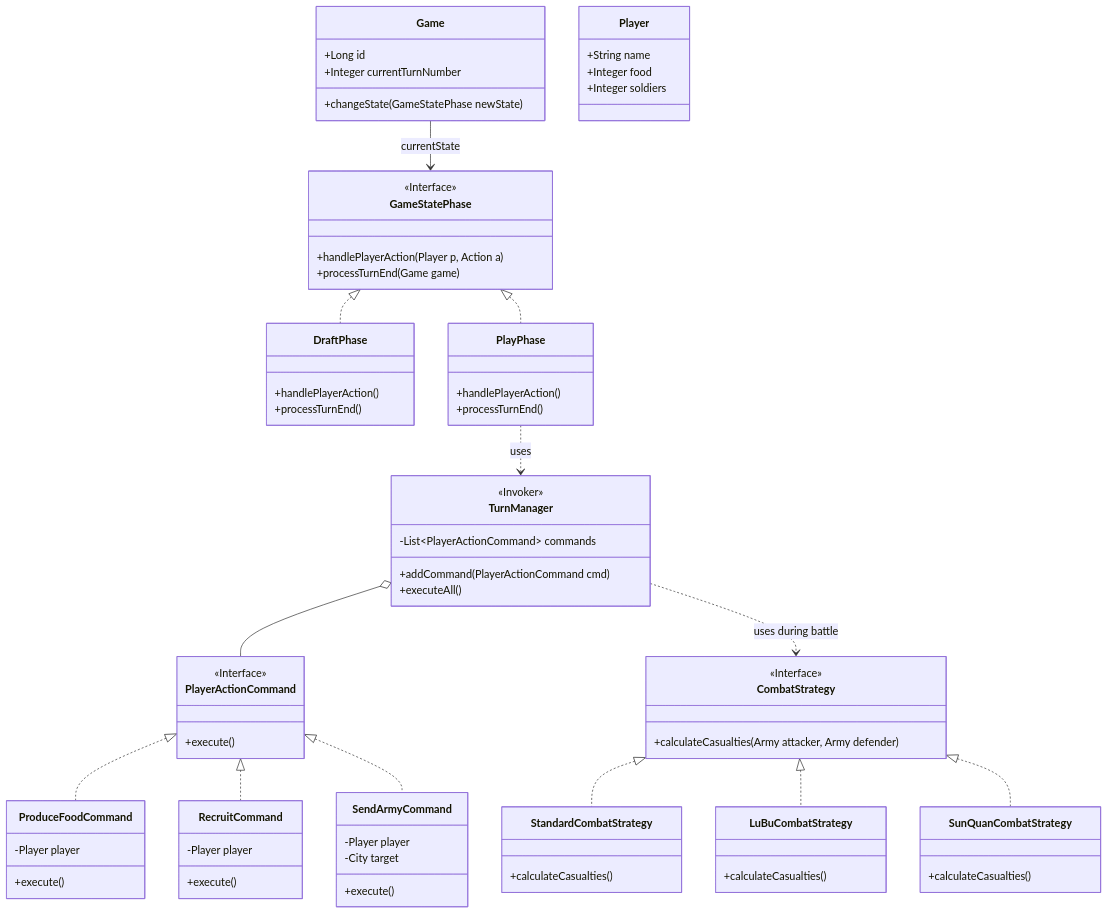
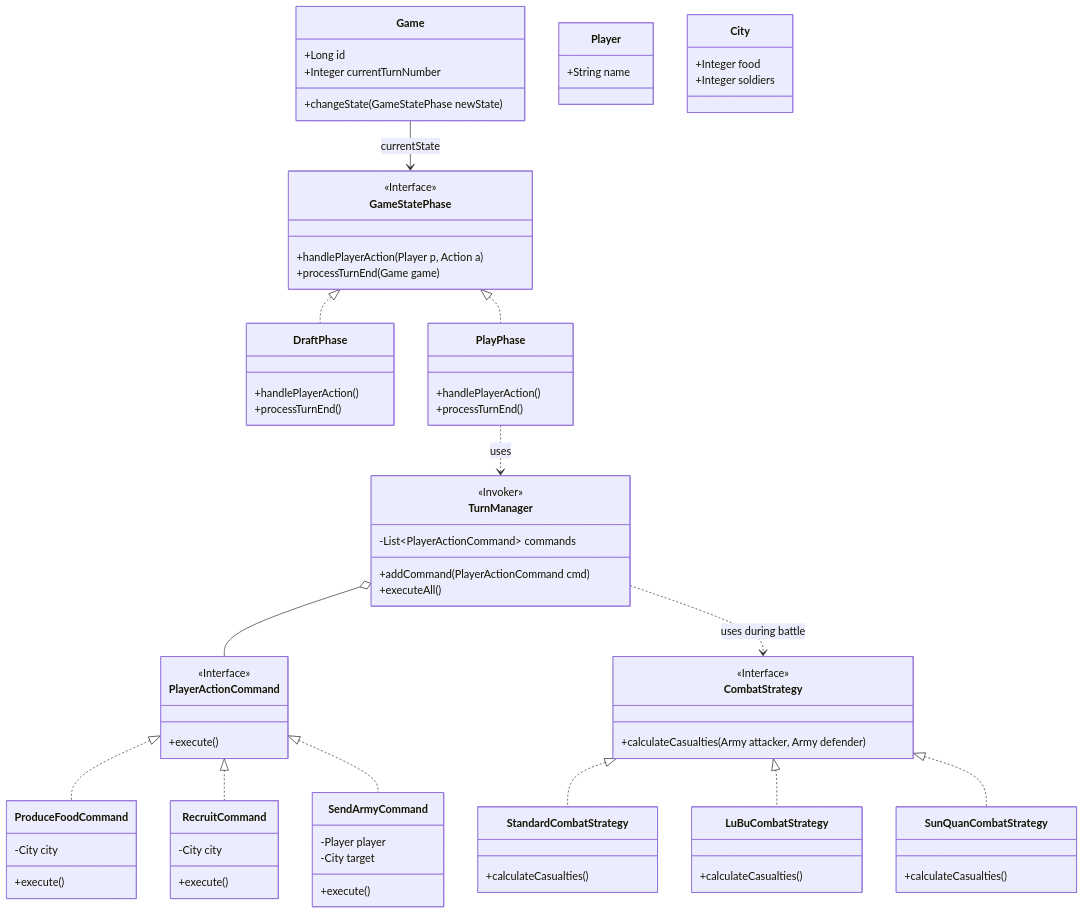
The diagram in doc/Design/design-patterns.md (punnavit-prongsavaroj/EternalClash2), drawn with Mermaid before and after one commit. The commit also changed 107 other files, not shown here.

```diff
--- a/doc/Design/design-patterns.md
+++ b/doc/Design/design-patterns.md
@@ -27,6 +27,8 @@
     }
     class Player {
         +String name
+    }
+    class City {
         +Integer food
         +Integer soldiers
     }
@@ -57,11 +59,11 @@
         +execute()
     }
     class ProduceFoodCommand {
-        -Player player
+        -City city
         +execute()
     }
     class RecruitCommand {
-        -Player player
+        -City city
         +execute()
     }
     class SendArmyCommand {
```
